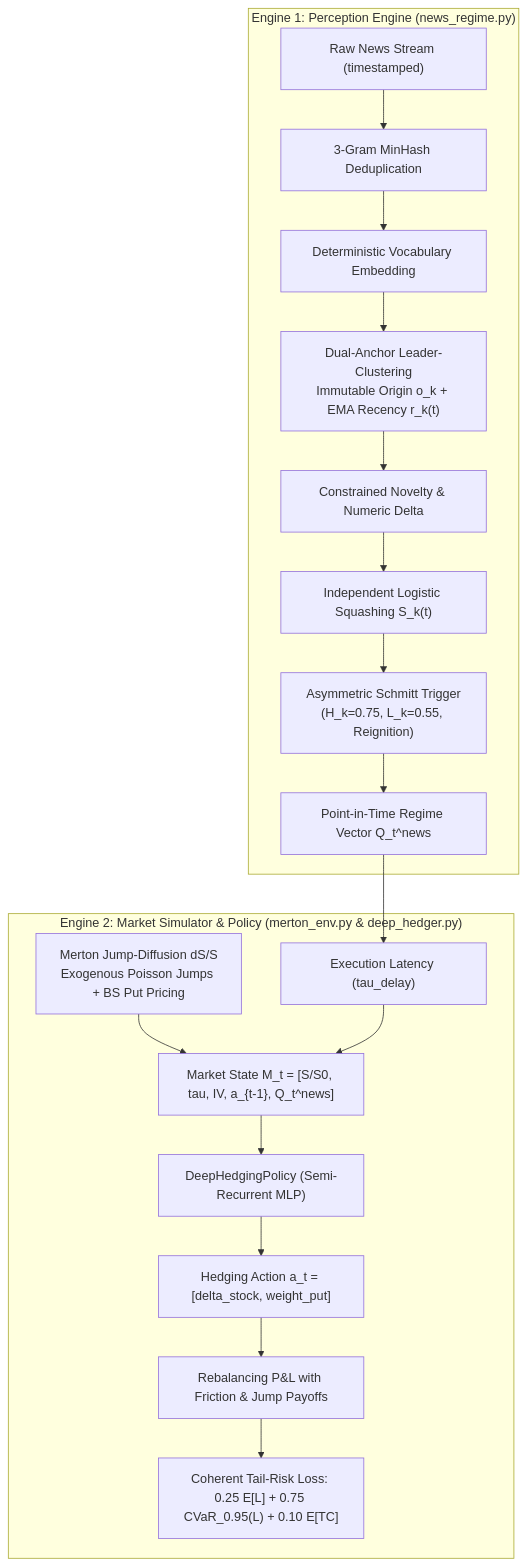
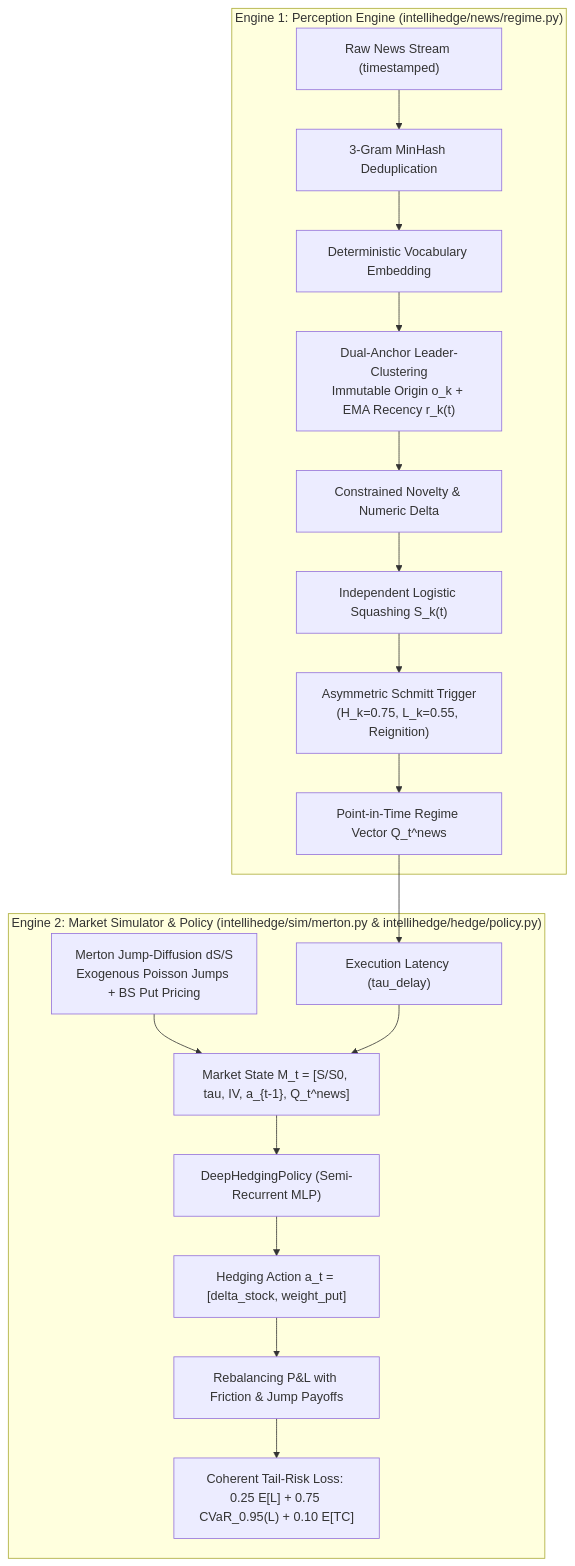
Before and after one commit to krishivwahi/IntelliHedge: the diagram in README.md, drawn with Mermaid. The commit also changed other lines of this file and 20 other files, not shown here.

````diff
--- a/README.md
+++ b/README.md
@@ -33,23 +33,23 @@
 ```mermaid
 flowchart TD
-    subgraph Engine1["Engine 1: Perception Engine (news_regime.py)"]
+    subgraph Engine1["Engine 1: Perception Engine (intellihedge/news/regime.py)"]
         Raw["Raw News Stream (timestamped)"] --> Shingle["3-Gram MinHash Deduplication"]
         Shingle --> Embed["Deterministic Vocabulary Embedding"]
         Embed --> DualAnchor["Dual-Anchor Leader-Clustering\nImmutable Origin o_k + EMA Recency r_k(t)"]
         DualAnchor --> Novelty["Constrained Novelty & Numeric Delta"]
         Novelty --> Logistic["Independent Logistic Squashing S_k(t)"]
         Logistic --> Schmitt["Asymmetric Schmitt Trigger\n(H_k=0.75, L_k=0.55, Reignition)"]
         Schmitt --> QVec["Point-in-Time Regime Vector Q_t^news"]
     end
 
-    subgraph Engine2["Engine 2: Market Simulator & Policy (merton_env.py & deep_hedger.py)"]
+    subgraph Engine2["Engine 2: Market Simulator & Policy (intellihedge/sim/merton.py & intellihedge/hedge/policy.py)"]
         Merton["Merton Jump-Diffusion dS/S\nExogenous Poisson Jumps + BS Put Pricing"]
         QVec --> Latency["Execution Latency (tau_delay)"]
         Merton --> State["Market State M_t = [S/S0, tau, IV, a_{t-1}, Q_t^news]"]
         Latency --> State
         State --> Policy["DeepHedgingPolicy (Semi-Recurrent MLP)"]
         Policy --> Action["Hedging Action a_t = [delta_stock, weight_put]"]
         Action --> PnL["Rebalancing P&L with Friction & Jump Payoffs"]
         PnL --> Loss["Coherent Tail-Risk Loss: 0.25 E[L] + 0.75 CVaR_0.95(L) + 0.10 E[TC]"]
     end
 ```
````
